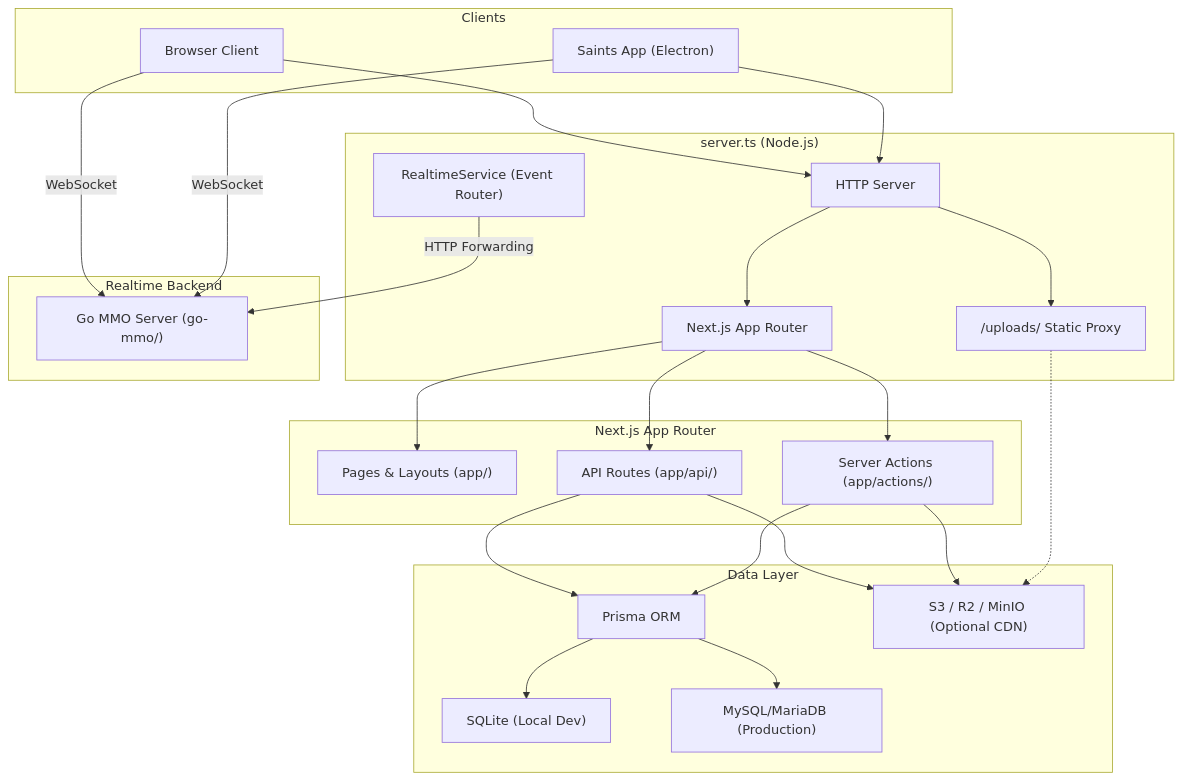
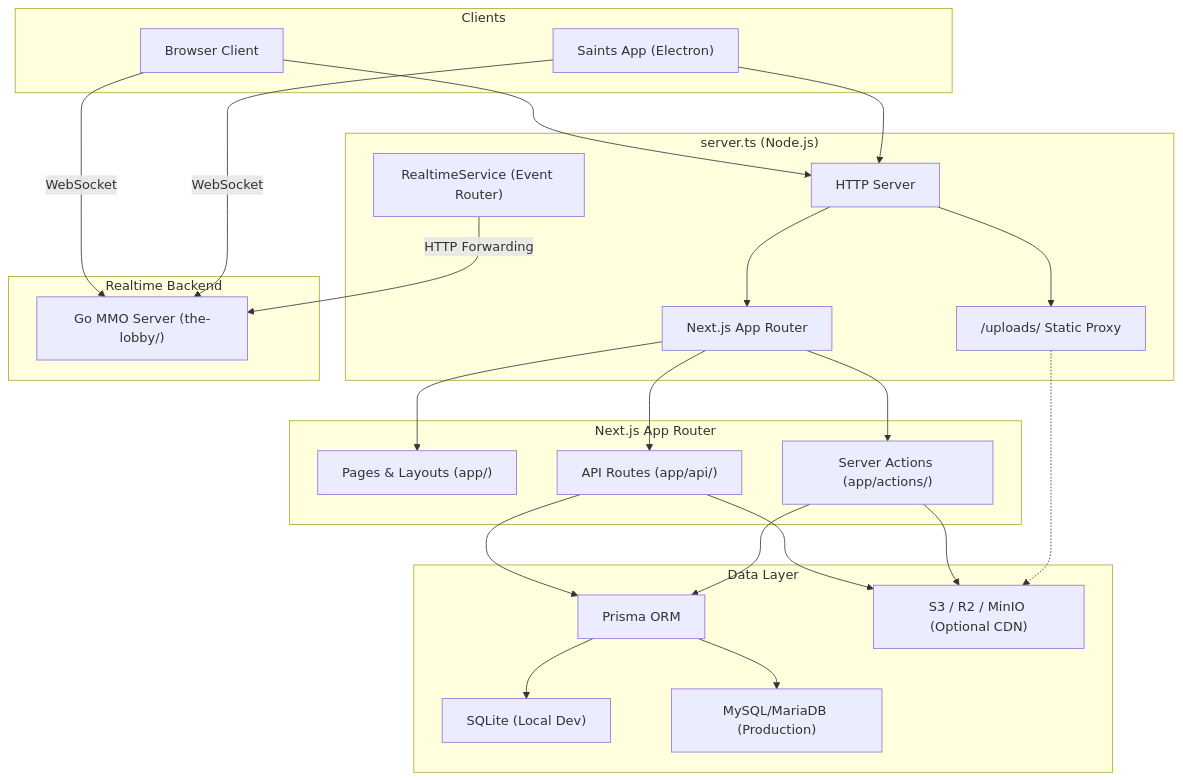
The diagram in ARCHITECTURE.md (giogimic/SaintsGamingWeb), drawn with Mermaid before and after one commit. The commit also changed other lines of this file and 14 other files, not shown here.

````diff
--- a/ARCHITECTURE.md
+++ b/ARCHITECTURE.md
@@ -9,53 +9,53 @@
 ```mermaid
 graph TB
     subgraph Clients
         Browser["Browser Client"]
         Electron["Saints App (Electron)"]
     end
 
     subgraph "server.ts (Node.js)"
         HTTP["HTTP Server"]
         UploadProxy["/uploads/ Static Proxy"]
         NextHandler["Next.js App Router"]
         RTS["RealtimeService (Event Router)"]
     end
 
     subgraph "Next.js App Router"
         Pages["Pages & Layouts (app/)"]
         API["API Routes (app/api/)"]
         Actions["Server Actions (app/actions/)"]
     end
 
     subgraph "Data Layer"
         Prisma["Prisma ORM"]
         SQLite["SQLite (Local Dev)"]
         MySQL["MySQL/MariaDB (Production)"]
         S3["S3 / R2 / MinIO (Optional CDN)"]
     end
 
     subgraph "Realtime Backend"
-        GoMMO["Go MMO Server (go-mmo/)"]
+        GoMMO["Go MMO Server (the-lobby/)"]
     end
 
     Browser --> HTTP
     Electron --> HTTP
 
     HTTP --> UploadProxy
     HTTP --> NextHandler
     NextHandler --> Pages
     NextHandler --> API
     NextHandler --> Actions
 
     API --> Prisma
     Actions --> Prisma
     Prisma --> SQLite
     Prisma --> MySQL
 
     API --> S3
     Actions --> S3
     UploadProxy -.-> S3
 
     Browser -- "WebSocket" --> GoMMO
     Electron -- "WebSocket" --> GoMMO
     RTS -- "HTTP Forwarding" --> GoMMO
 ```
````
